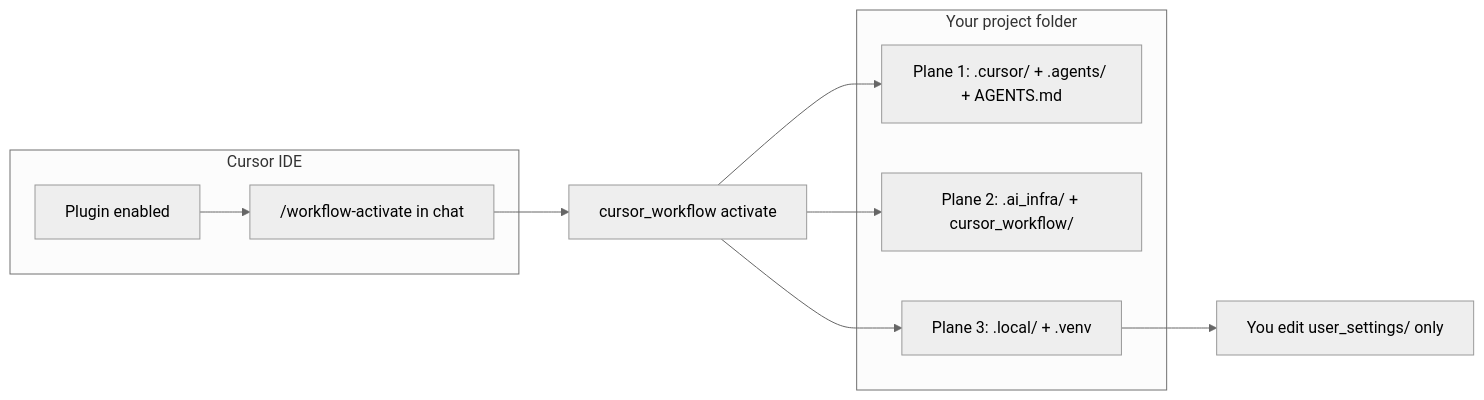
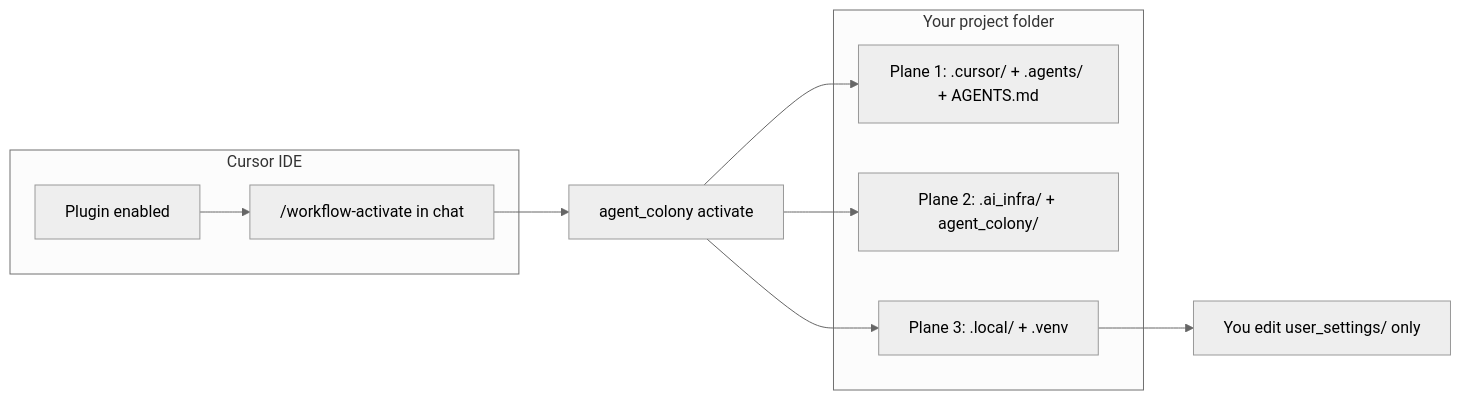
Before and after one commit to SavinRazvan/agent-colony: the diagram in payload/.ai_infra/docs/operations/PLUGIN-USER-GUIDE.md, drawn with Mermaid (neutral theme). The commit also changed other lines of this file and 406 other files, not shown here.

First line of the commit message:
chore: rename CLI cursor_workflow → agent_colony (0.6.0)

````diff
--- a/payload/.ai_infra/docs/operations/PLUGIN-USER-GUIDE.md
+++ b/payload/.ai_infra/docs/operations/PLUGIN-USER-GUIDE.md
@@ -32,17 +32,17 @@
 ```mermaid
 flowchart LR
   subgraph ide [Cursor IDE]
     Plugin[Plugin enabled]
     Plugin --> Chat["/workflow-activate in chat"]
   end
   subgraph disk [Your project folder]
     P1["Plane 1: .cursor/ + .agents/ + AGENTS.md"]
-    P2["Plane 2: .ai_infra/ + cursor_workflow/"]
+    P2["Plane 2: .ai_infra/ + agent_colony/"]
     P3["Plane 3: .local/ + .venv"]
   end
-  Chat --> Activate["cursor_workflow activate"]
+  Chat --> Activate["agent_colony activate"]
   Activate --> P1
   Activate --> P2
   Activate --> P3
   P3 --> Settings["You edit user_settings/ only"]
 ```
````
